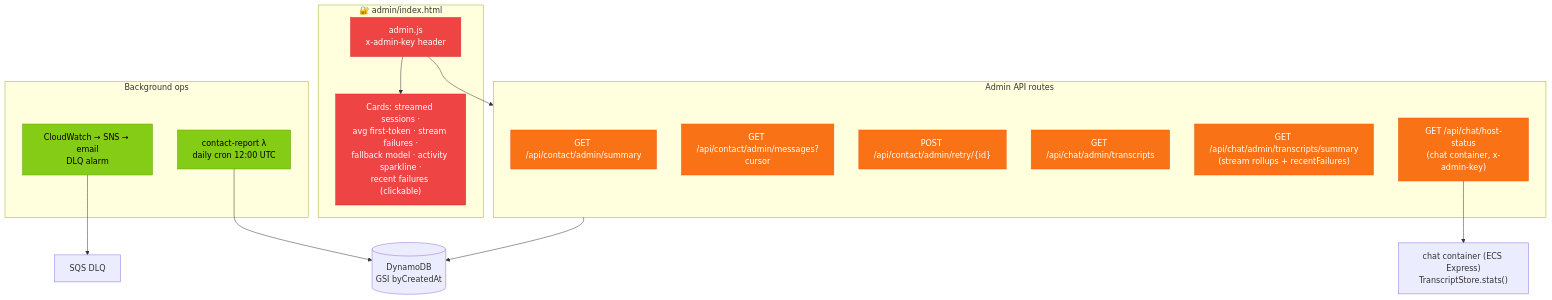
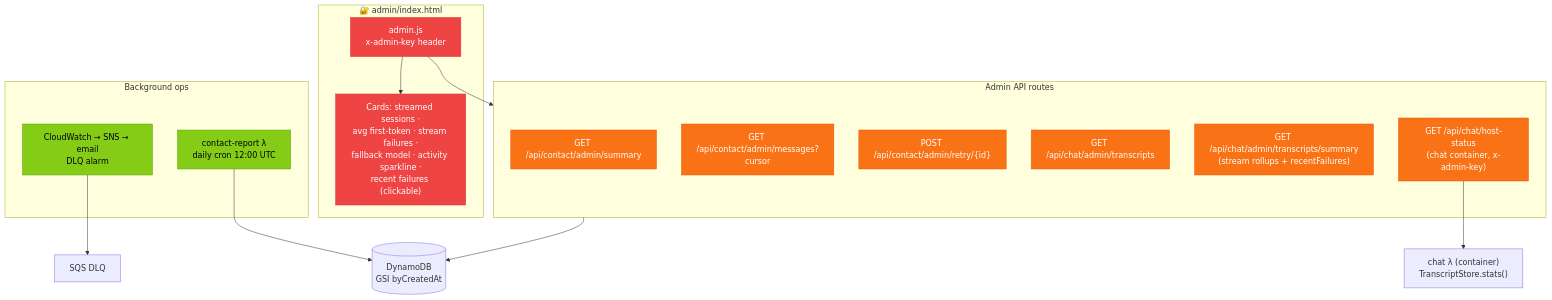
The fourth of 7 diagrams in docs/architecture.md (geda0/gvp), drawn with Mermaid before and after one commit. The commit also changed other lines of this file, not shown here.

````diff
--- a/docs/architecture.md
+++ b/docs/architecture.md
@@ -271,36 +307,36 @@
 ```mermaid
 flowchart TB
     subgraph Admin["🔐 admin/index.html"]
         AUI["admin.js<br/>x-admin-key header"]
         UI_CARDS["Cards: streamed sessions ·<br/>avg first-token · stream failures ·<br/>fallback model · activity sparkline ·<br/>recent failures (clickable)"]
     end
 
     subgraph Routes["Admin API routes"]
         SUM["GET /api/contact/admin/summary"]
         MSG["GET /api/contact/admin/messages?cursor"]
         RET["POST /api/contact/admin/retry/{id}"]
         TRN["GET /api/chat/admin/transcripts"]
         TRN_SUM["GET /api/chat/admin/transcripts/summary<br/>(stream rollups + recentFailures)"]
         HOST["GET /api/chat/host-status<br/>(chat container, x-admin-key)"]
     end
 
     subgraph Ops["Background ops"]
         RPT["contact-report λ<br/>daily cron 12:00 UTC"]
         ALM["CloudWatch → SNS → email<br/>DLQ alarm"]
     end
 
     AUI --> UI_CARDS
     AUI --> Routes
     Routes --> DDB[("DynamoDB<br/>GSI byCreatedAt")]
-    HOST --> CHATHOST["chat container (ECS Express)<br/>TranscriptStore.stats()"]
+    HOST --> CHATHOST["chat &lambda; (container)<br/>TranscriptStore.stats()"]
     RPT --> DDB
     ALM --> DLQ["SQS DLQ"]
 
     classDef admin fill:#EF4444,stroke:#DC2626,color:#fff
     classDef route fill:#F97316,stroke:#EA580C,color:#fff
     classDef ops fill:#84CC16,stroke:#65A30D,color:#000
 
     class AUI,UI_CARDS admin
     class SUM,MSG,RET,TRN,TRN_SUM,HOST route
     class RPT,ALM ops
 ```
````
